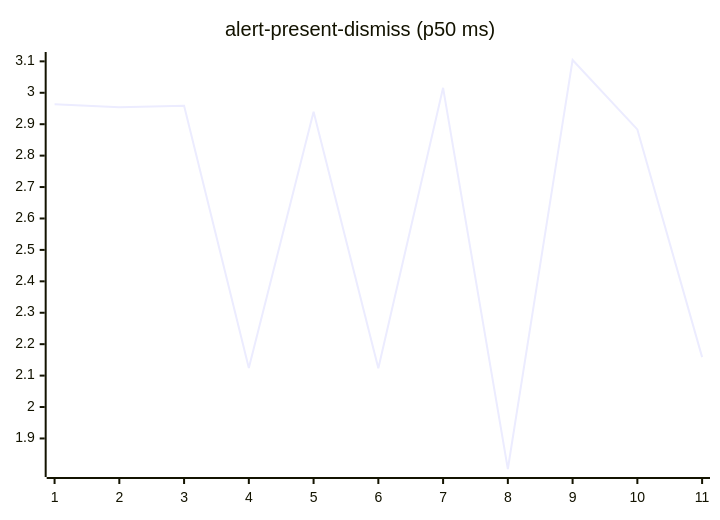
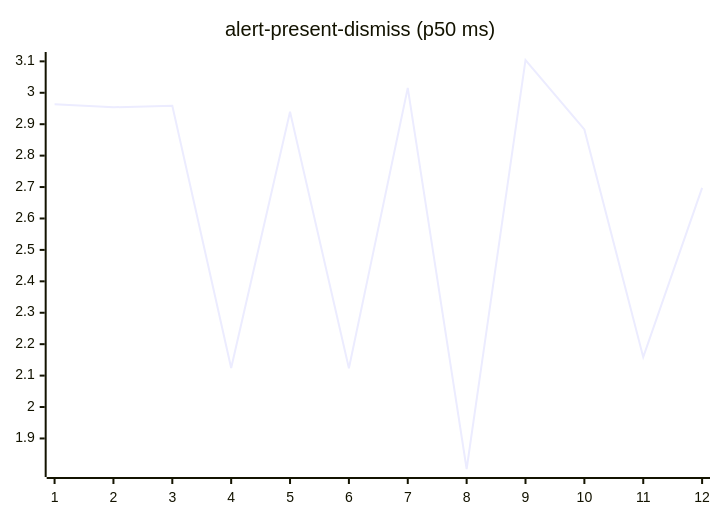
Before and after one commit to josha/Facet: the second of 27 diagrams in README.md, drawn with Mermaid. The commit also changed other lines of this file and 2 other files, not shown here.

````diff
--- a/README.md
+++ b/README.md
@@ -70,6 +70,6 @@
 ```mermaid
 xychart-beta
     title "alert-present-dismiss (p50 ms)"
-    x-axis 1 --> 11
-    line [2.9632, 2.9538, 2.9589, 2.1244, 2.9396, 2.1232, 3.0157, 1.8028, 3.1043, 2.8834, 2.1588]
+    x-axis 1 --> 12
+    line [2.9632, 2.9538, 2.9589, 2.1244, 2.9396, 2.1232, 3.0157, 1.8028, 3.1043, 2.8834, 2.1588, 2.6974]
 ```
````
